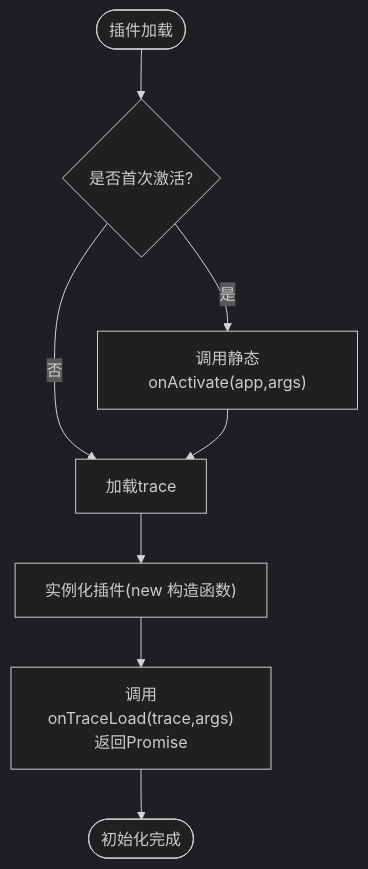
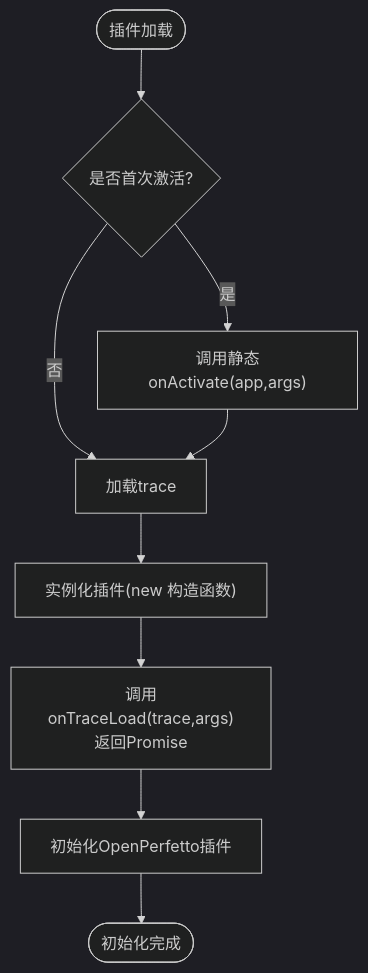
The third of 8 diagrams in .qoder/repowiki/zh/content/Web界面和可视化/UI插件系统.md (TracerQi/openperfetto), drawn with Mermaid (dark theme) before and after one commit. The commit also changed other lines of this file and 706 other files, not shown here.

Commit message:
[OpenPerfetto][03]{Front-end and back-end implementations,Unit Testing}

````diff
--- a/.qoder/repowiki/zh/content/Web界面和可视化/UI插件系统.md
+++ b/.qoder/repowiki/zh/content/Web界面和可视化/UI插件系统.md
@@ -127,10 +187,11 @@
 ```mermaid
 flowchart TD
 Start(["插件加载"]) --> Activate{"是否首次激活?"}
 Activate --> |是| OnActivate["调用静态onActivate(app,args)"]
 Activate --> |否| LoadTrace["加载trace"]
 OnActivate --> LoadTrace
 LoadTrace --> NewInst["实例化插件(new 构造函数)"]
 NewInst --> OnTraceLoad["调用onTraceLoad(trace,args)<br/>返回Promise"]
-OnTraceLoad --> Done(["初始化完成"])
+OnTraceLoad --> InitOpenPerfetto["初始化OpenPerfetto插件"]
+InitOpenPerfetto --> Done(["初始化完成"])
 ```
````
